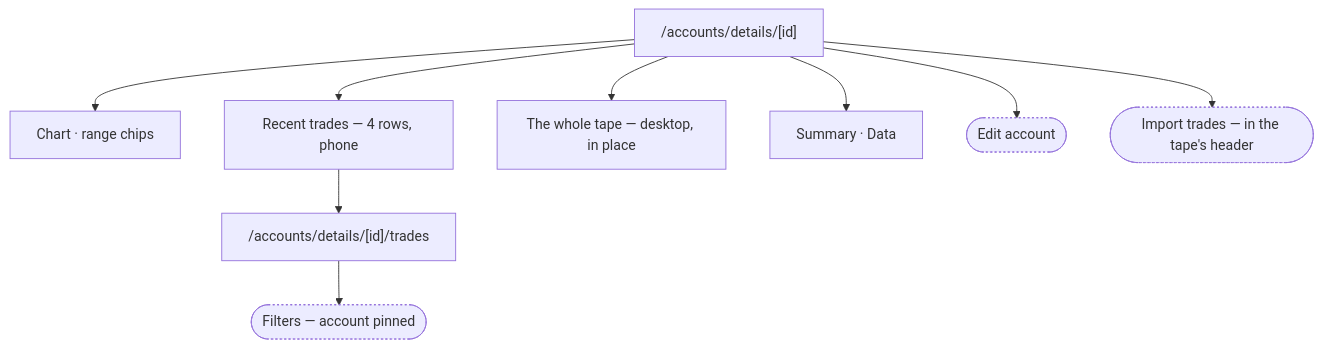
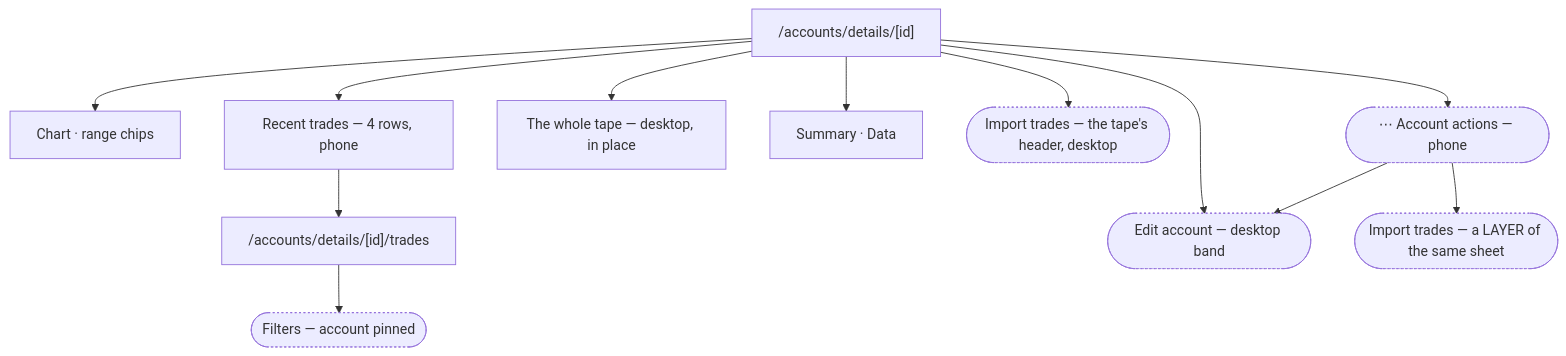
One commit to modryn-studio/run-rebuild changed the seventh of 15 diagrams in docs/user-guide.md. Above: the diagram before and after it, drawn with Mermaid. The commit also changed other lines of this file and 7 other files, not shown here.

````diff
--- a/docs/user-guide.md
+++ b/docs/user-guide.md
@@ -233,16 +233,21 @@
 ```mermaid
 flowchart TD
   Detail["/accounts/details/[id]"]
   Detail --> Chart["Chart · range chips"]
   Detail --> Recent["Recent trades — 4 rows, phone"]
   Recent --> AcctTape["/accounts/details/[id]/trades"]
   Detail --> Tape["The whole tape — desktop, in place"]
   Detail --> Rail["Summary · Data"]
-  Detail --> Edit(["Edit account"])
-  Detail --> Import(["Import trades — in the tape's header"])
+  Detail --> Edit(["Edit account — desktop band"])
+  Detail --> Import(["Import trades — the tape's header, desktop"])
+  Detail --> Actions(["⋯ Account actions — phone"])
+  Actions --> Edit
+  Actions --> ActImport(["Import trades — a LAYER of the same sheet"])
   AcctTape --> Filters(["Filters — account pinned"])
 
   style Edit stroke-dasharray: 2 3
   style Import stroke-dasharray: 2 3
+  style Actions stroke-dasharray: 2 3
+  style ActImport stroke-dasharray: 2 3
   style Filters stroke-dasharray: 2 3
 ```
````
